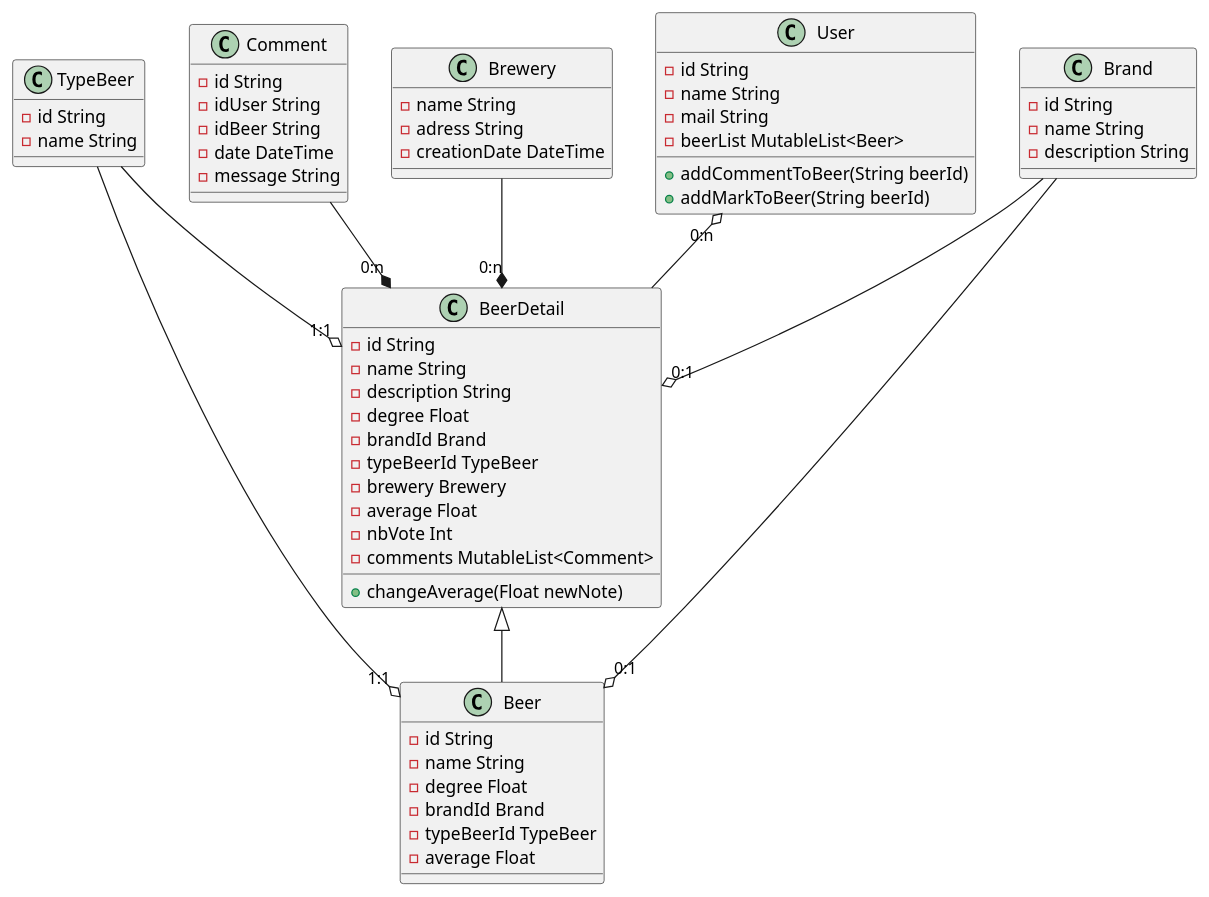
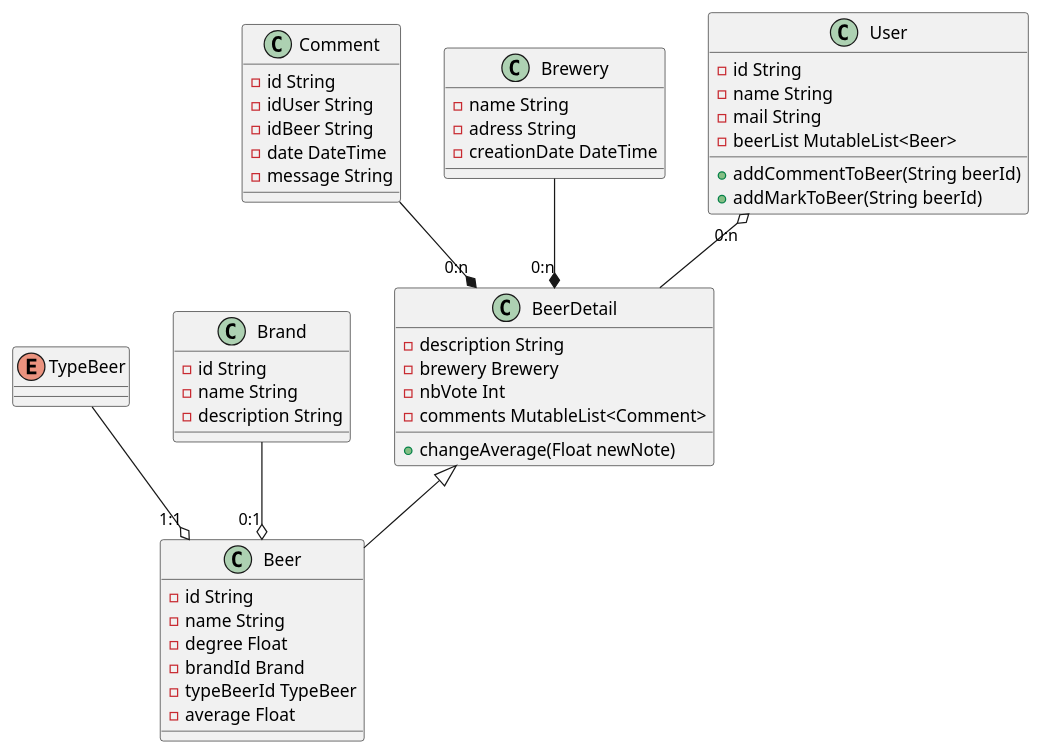
The diagram in doc/spec/models/uml/models-class.puml (TheNoobProgrammeur/birudroid), drawn with PlantUML before and after one commit. The commit also changed 7 other files, not shown here.

Commit message:
:pencil: modif type beer

```diff
--- a/doc/spec/models/uml/models-class.puml
+++ b/doc/spec/models/uml/models-class.puml
@@ -1,72 +1,61 @@
 @startuml Schema Objet
 
 class BeerDetail{
-    - id String
-    - name String
     - description String
-    - degree Float
-    - brandId Brand
-    - typeBeerId TypeBeer
     - brewery Brewery
-    - average Float
     - nbVote Int
     - comments MutableList<Comment>
     + changeAverage(Float newNote)
 }
 
 class Beer{
     - id String
     - name String
     - degree Float
     - brandId Brand
     - typeBeerId TypeBeer
     - average Float
 }
 
 
-class TypeBeer{
-    - id String
-    - name String
-}
+enum TypeBeer
 
 class Brand {
     - id String
     - name String
     - description String
 }
 
 class Comment {
     - id String
     - idUser String
     - idBeer String
     - date DateTime
     - message String
 }
 
 class Brewery {
     - name String
     - adress String
     - creationDate DateTime
 }
 
 class User {
     - id String
     - name String
     - mail String
     - beerList MutableList<Beer>
     + addCommentToBeer(String beerId)
     + addMarkToBeer(String beerId)
 }
 
 BeerDetail <|-- Beer
 
-TypeBeer --o "1:1" BeerDetail
-Brand --o "0:1" BeerDetail
 Brewery --* "0:n" BeerDetail
 Comment --* "0:n" BeerDetail
 User "0:n" o-- BeerDetail
 
 TypeBeer --o "1:1" Beer
 Brand --o "0:1" Beer
 
 @enduml
```
